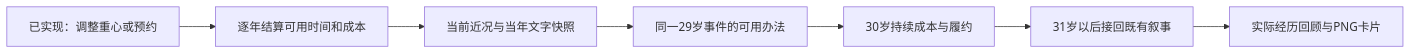
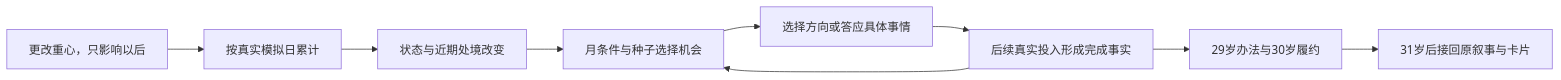
Before and after one commit to yuki-uix/life-sim-product-study: the diagram in web/README.md, drawn with Mermaid. The commit also changed other lines of this file and 14 other files, not shown here.

````diff
--- a/web/README.md
+++ b/web/README.md
@@ -34,9 +34,11 @@
 ```mermaid
 flowchart LR
-    A[已实现：调整重心或预约] --> B[逐年结算可用时间和成本]
-    B --> C[当前近况与当年文字快照]
-    C --> D[同一29岁事件的可用办法]
-    D --> E[30岁持续成本与履约]
-    E --> F[31岁以后接回既有叙事]
-    F --> G[实际经历回顾与PNG卡片]
+    A[更改重心，只影响以后] --> B[按真实模拟日累计]
+    B --> C[状态与近期处境改变]
+    C --> D[月条件与种子选择机会]
+    D --> E[选择方向或答应具体事情]
+    E --> F[后续真实投入形成完成事实]
+    F --> D
+    F --> G[29岁办法与30岁履约]
+    G --> H[31岁后接回原叙事与卡片]
 ```
````
